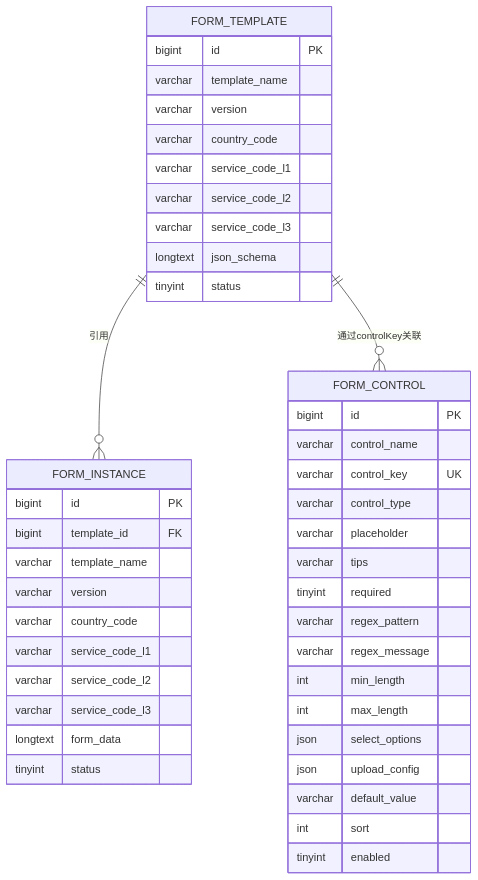
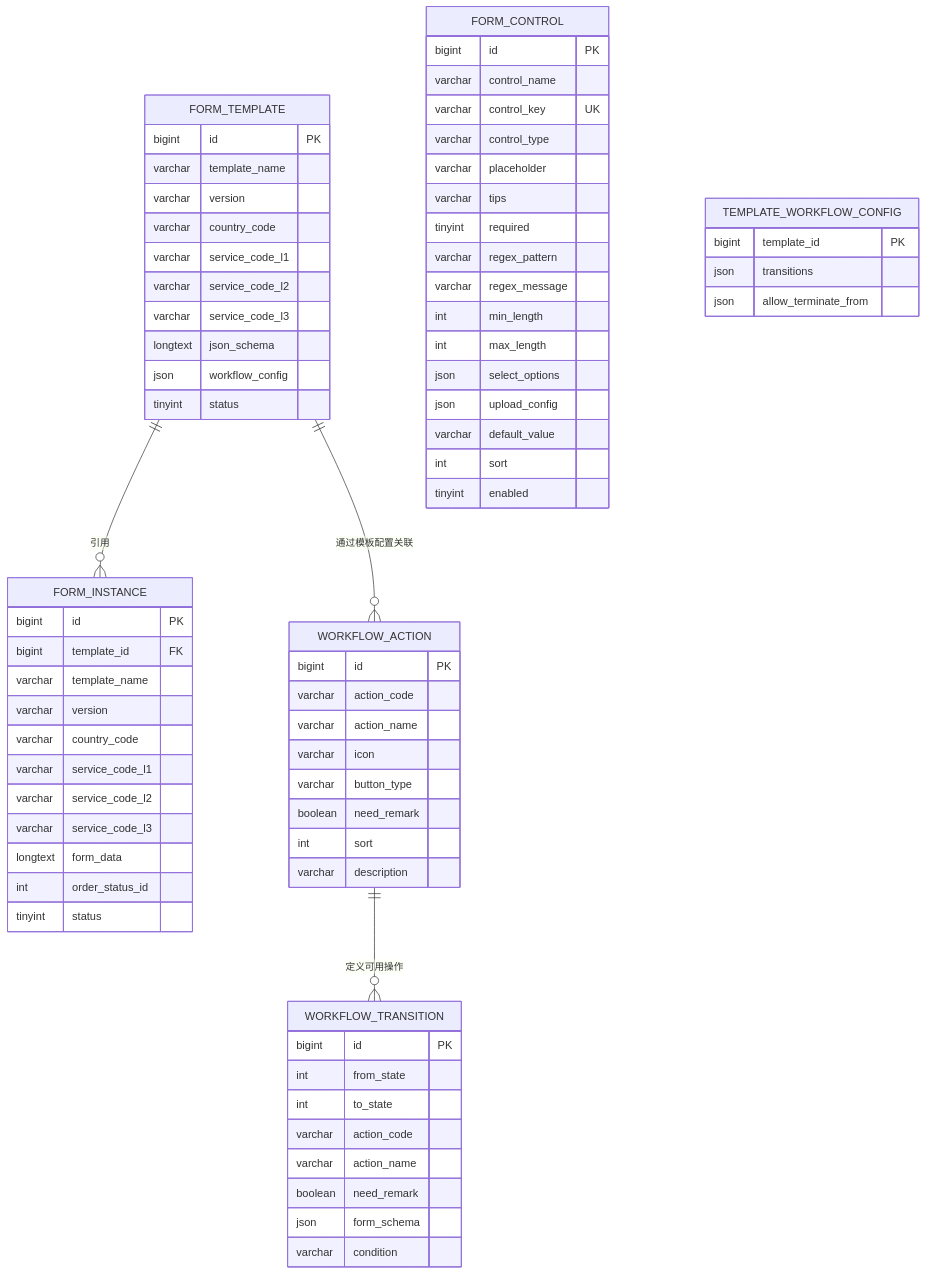
One commit to NJMrLi/genetics changed the third of 5 diagrams in .qoder/repowiki/zh/content/API接口文档/服务单模板API.md. Above: the diagram before and after it, drawn with Mermaid. The commit also changed other lines of this file and 21 other files, not shown here.

````diff
--- a/.qoder/repowiki/zh/content/API接口文档/服务单模板API.md
+++ b/.qoder/repowiki/zh/content/API接口文档/服务单模板API.md
@@ -175,46 +245,74 @@
 ```mermaid
 erDiagram
 FORM_TEMPLATE {
 bigint id PK
 varchar template_name
 varchar version
 varchar country_code
 varchar service_code_l1
 varchar service_code_l2
 varchar service_code_l3
 longtext json_schema
+json workflow_config
 tinyint status
 }
 FORM_CONTROL {
 bigint id PK
 varchar control_name
 varchar control_key UK
 varchar control_type
 varchar placeholder
 varchar tips
 tinyint required
 varchar regex_pattern
 varchar regex_message
 int min_length
 int max_length
 json select_options
 json upload_config
 varchar default_value
 int sort
 tinyint enabled
 }
 FORM_INSTANCE {
 bigint id PK
 bigint template_id FK
 varchar template_name
 varchar version
 varchar country_code
 varchar service_code_l1
 varchar service_code_l2
 varchar service_code_l3
 longtext form_data
+int order_status_id
 tinyint status
 }
+WORKFLOW_ACTION {
+bigint id PK
+varchar action_code
+varchar action_name
+varchar icon
+varchar button_type
+boolean need_remark
+int sort
+varchar description
+}
+TEMPLATE_WORKFLOW_CONFIG {
+bigint template_id PK
+json transitions
+json allow_terminate_from
+}
+WORKFLOW_TRANSITION {
+bigint id PK
+int from_state
+int to_state
+varchar action_code
+varchar action_name
+boolean need_remark
+json form_schema
+varchar condition
+}
 FORM_TEMPLATE ||--o{ FORM_INSTANCE : "引用"
-FORM_TEMPLATE ||--o{ FORM_CONTROL : "通过controlKey关联"
+FORM_TEMPLATE ||--o{ WORKFLOW_ACTION : "通过模板配置关联"
+WORKFLOW_ACTION ||--o{ WORKFLOW_TRANSITION : "定义可用操作"
 ```
````
